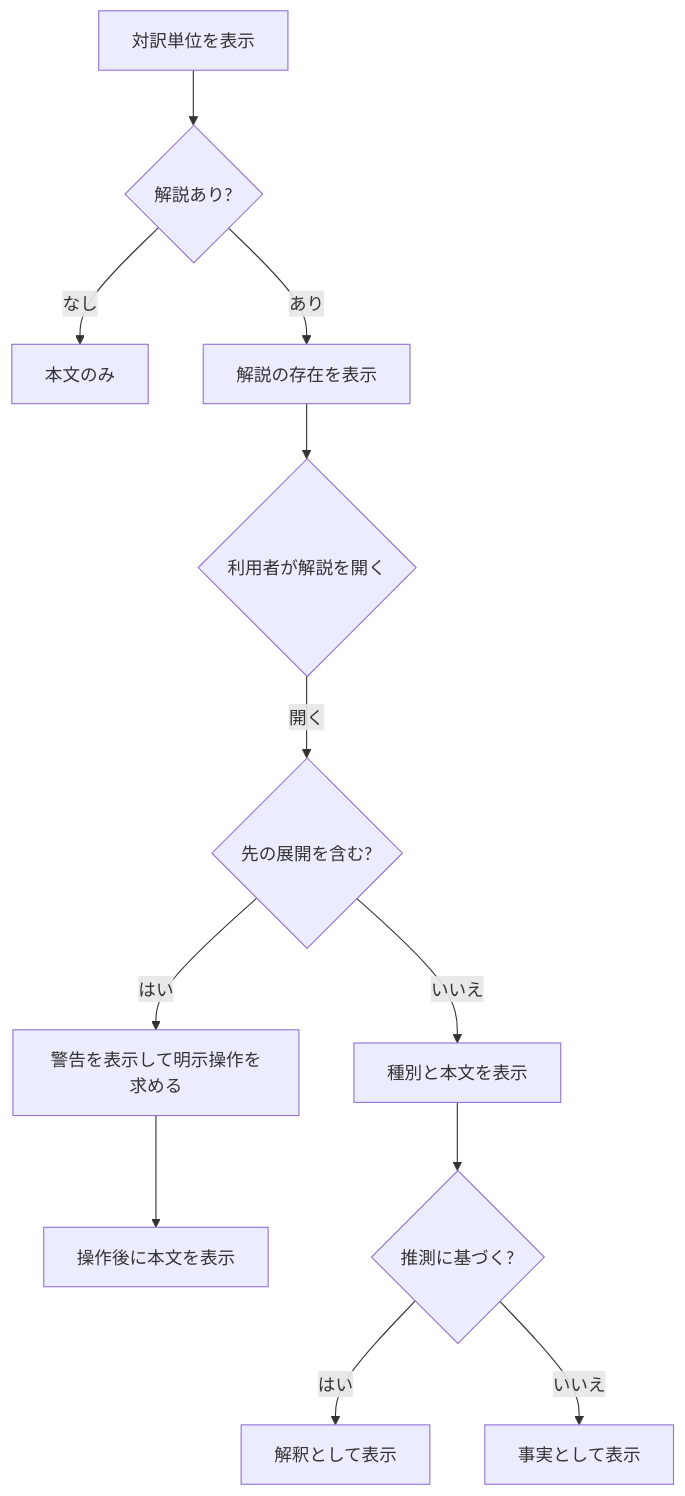
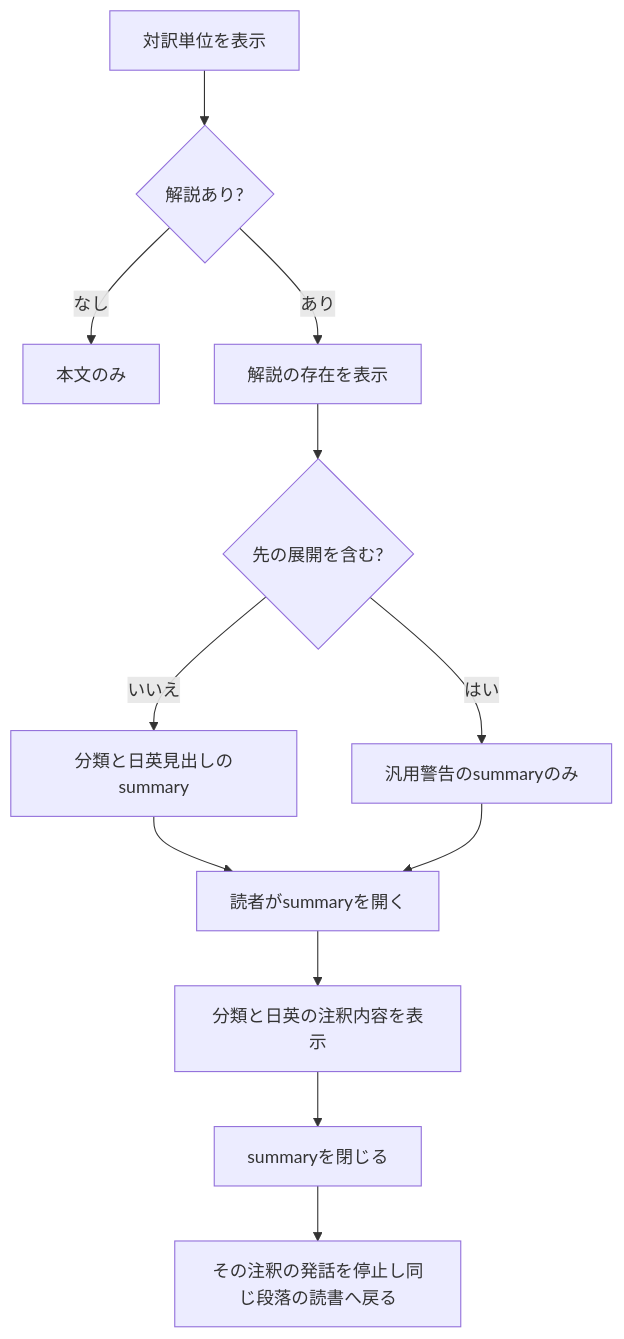
The fourth of 8 diagrams in FLOW.md (hogehonya/homer-reader), drawn with Mermaid before and after one commit. The commit also changed other lines of this file and 4 other files, not shown here.

````diff
--- a/FLOW.md
+++ b/FLOW.md
@@ -55,14 +58,14 @@
 ```mermaid
 flowchart TD
     A[対訳単位を表示] --> B{解説あり?}
     B -->|なし| C[本文のみ]
     B -->|あり| D[解説の存在を表示]
-    D --> E{利用者が解説を開く}
-    E -->|開く| F{先の展開を含む?}
-    F -->|いいえ| G[種別と本文を表示]
-    F -->|はい| H[警告を表示して明示操作を求める]
-    H --> I[操作後に本文を表示]
-    G --> J{推測に基づく?}
-    J -->|はい| K[解釈として表示]
-    J -->|いいえ| L[事実として表示]
+    D --> F{先の展開を含む?}
+    F -->|いいえ| G[分類と日英見出しのsummary]
+    F -->|はい| H[汎用警告のsummaryのみ]
+    G --> I[読者がsummaryを開く]
+    H --> I
+    I --> J[分類と日英の注釈内容を表示]
+    J --> K[summaryを閉じる]
+    K --> L[その注釈の発話を停止し同じ段落の読書へ戻る]
 ```
````
